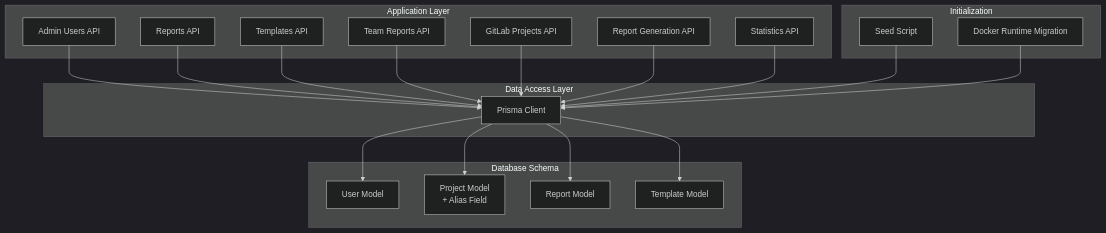
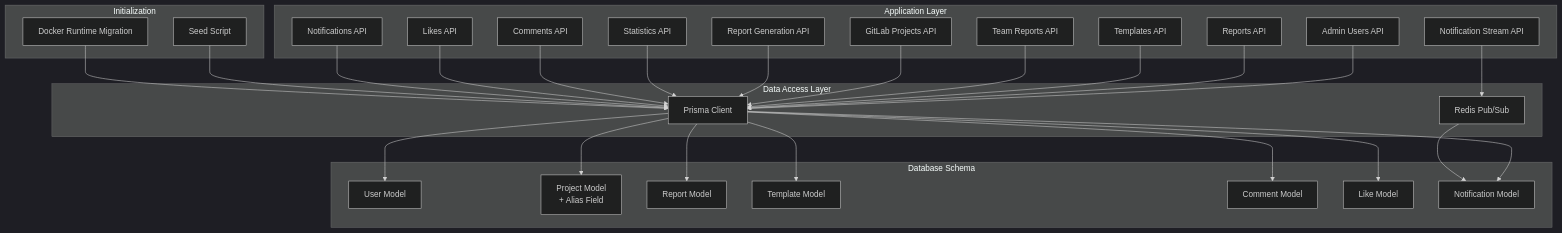
One commit to jrj444/git-daily changed the first of 14 diagrams in .qoder/repowiki/en/content/Database Design/Database Design.md. Above: the diagram before and after it, drawn with Mermaid (dark theme). The commit also changed other lines of this file and 12 other files, not shown here.

````diff
--- a/.qoder/repowiki/en/content/Database Design/Database Design.md
+++ b/.qoder/repowiki/en/content/Database Design/Database Design.md
@@ -46,38 +52,54 @@
 ```mermaid
 graph TB
 subgraph "Application Layer"
 API_Admin_Users["Admin Users API"]
 API_Reports["Reports API"]
 API_Templates["Templates API"]
 API_Team_Reports["Team Reports API"]
 API_GitLab_Projects["GitLab Projects API"]
 API_Report_Generation["Report Generation API"]
 API_Stats_Commits["Statistics API"]
+API_Comments["Comments API"]
+API_Likes["Likes API"]
+API_Notifications["Notifications API"]
+API_Notification_Stream["Notification Stream API"]
 end
 subgraph "Data Access Layer"
 PrismaClient["Prisma Client"]
+RedisPubSub["Redis Pub/Sub"]
 end
 subgraph "Database Schema"
 User["User Model"]
 Project["Project Model<br/>+ Alias Field"]
 Report["Report Model"]
 Template["Template Model"]
+Comment["Comment Model"]
+Like["Like Model"]
+Notification["Notification Model"]
 end
 subgraph "Initialization"
 Seed["Seed Script"]
 Docker["Docker Runtime Migration"]
 end
 API_Admin_Users --> PrismaClient
 API_Reports --> PrismaClient
 API_Templates --> PrismaClient
 API_Team_Reports --> PrismaClient
 API_GitLab_Projects --> PrismaClient
 API_Report_Generation --> PrismaClient
 API_Stats_Commits --> PrismaClient
+API_Comments --> PrismaClient
+API_Likes --> PrismaClient
+API_Notifications --> PrismaClient
+API_Notification_Stream --> RedisPubSub
 PrismaClient --> User
 PrismaClient --> Project
 PrismaClient --> Report
 PrismaClient --> Template
+PrismaClient --> Comment
+PrismaClient --> Like
+PrismaClient --> Notification
 Seed --> PrismaClient
 Docker --> PrismaClient
+RedisPubSub --> Notification
 ```
````
